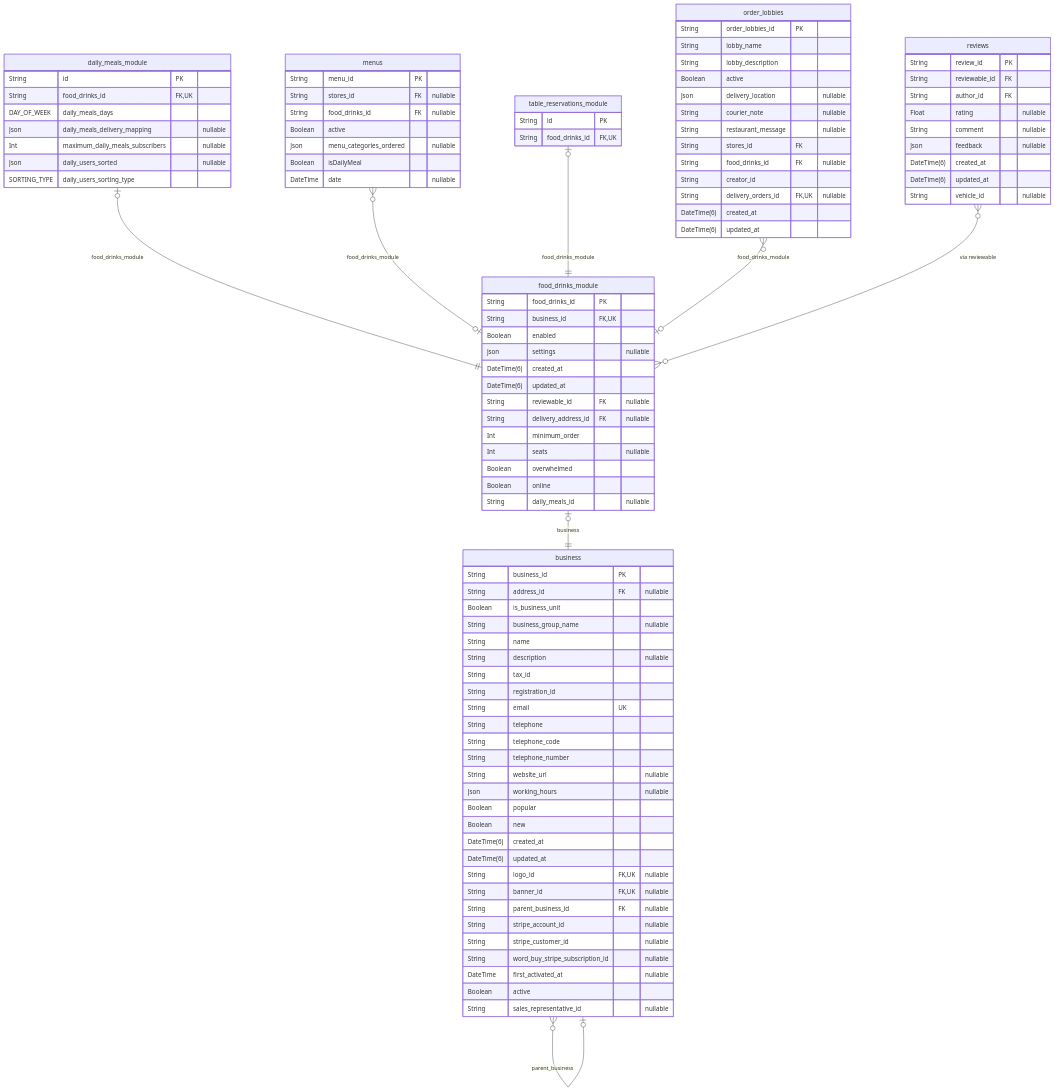
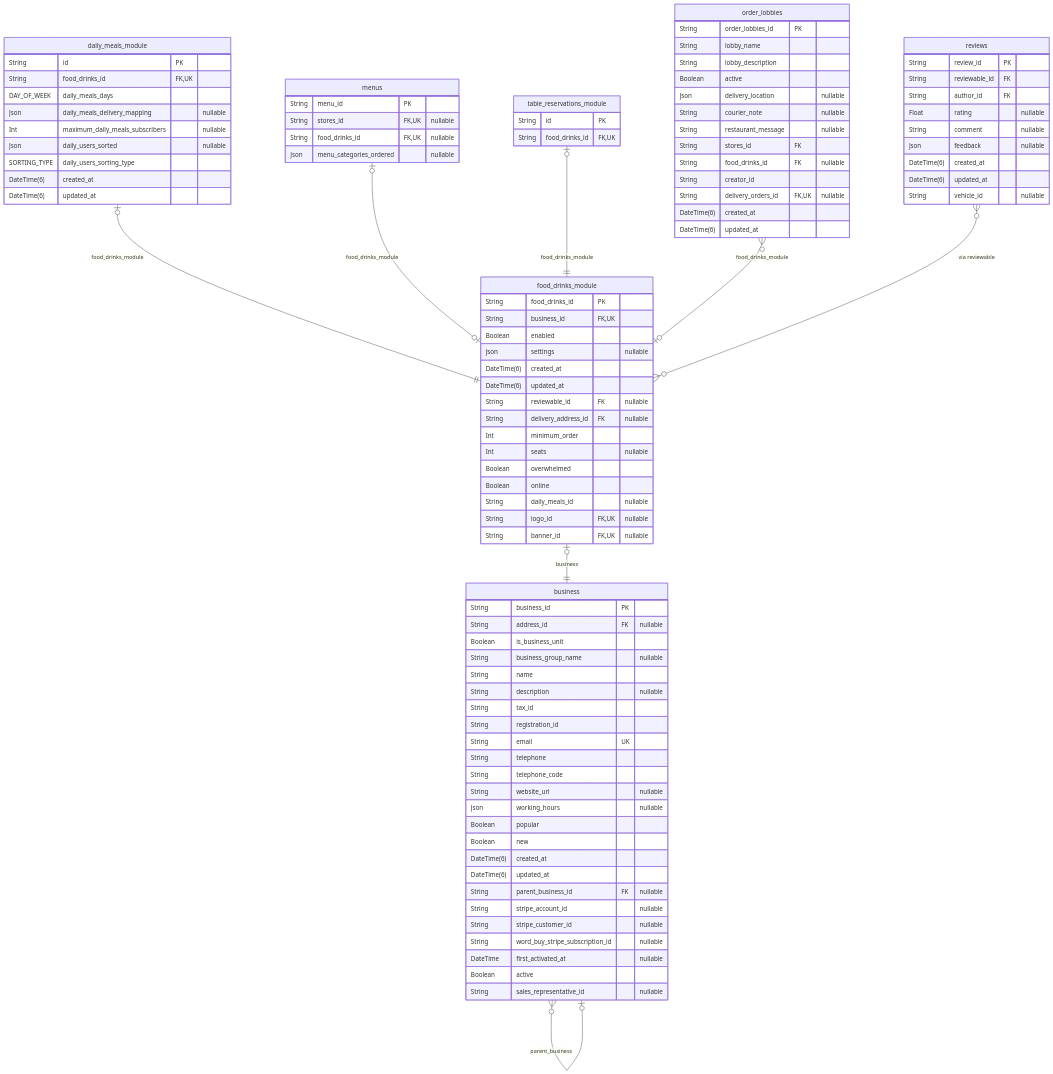
Before and after one commit to pbozic/be-analyisis: diagram 23 of 40 in prisma/schemas/ERD.md, drawn with Mermaid. The commit also changed other lines of this file and 23 other files, not shown here.

Commit message:
feature: updated daily meals menu + removed telephone_number + family/business invitation

```diff
--- a/prisma/schemas/ERD.md
+++ b/prisma/schemas/ERD.md
@@ -3700,6 +3872,8 @@
   Boolean overwhelmed
   Boolean online
   String daily_meals_id "nullable"
+  String logo_id FK,UK "nullable"
+  String banner_id FK,UK "nullable"
 }
 "business" {
   String business_id PK
@@ -3713,15 +3887,12 @@
   String email UK
   String telephone
   String telephone_code
-  String telephone_number
   String website_url "nullable"
   Json working_hours "nullable"
   Boolean popular
   Boolean new
   DateTime(6) created_at
   DateTime(6) updated_at
-  String logo_id FK,UK "nullable"
-  String banner_id FK,UK "nullable"
   String parent_business_id FK "nullable"
   String stripe_account_id "nullable"
   String stripe_customer_id "nullable"
@@ -3749,15 +3920,14 @@
   Int maximum_daily_meals_subscribers "nullable"
   Json daily_users_sorted "nullable"
   SORTING_TYPE daily_users_sorting_type
+  DateTime(6) created_at
+  DateTime(6) updated_at
 }
 "menus" {
   String menu_id PK
-  String stores_id FK "nullable"
-  String food_drinks_id FK "nullable"
-  Boolean active
+  String stores_id FK,UK "nullable"
+  String food_drinks_id FK,UK "nullable"
   Json menu_categories_ordered "nullable"
-  Boolean isDailyMeal
-  DateTime date "nullable"
 }
 "table_reservations_module" {
   String id PK
@@ -3781,7 +3951,7 @@
 "food_drinks_module" |o--|| "business" : business
 "business" }o--o| "business" : parent_business
 "daily_meals_module" |o--|| "food_drinks_module" : food_drinks_module
-"menus" }o--o| "food_drinks_module" : food_drinks_module
+"menus" |o--o| "food_drinks_module" : food_drinks_module
 "table_reservations_module" |o--|| "food_drinks_module" : food_drinks_module
 "order_lobbies" }o--o| "food_drinks_module" : food_drinks_module
 "reviews" }o--o{ "food_drinks_module" : "via reviewable"
```
